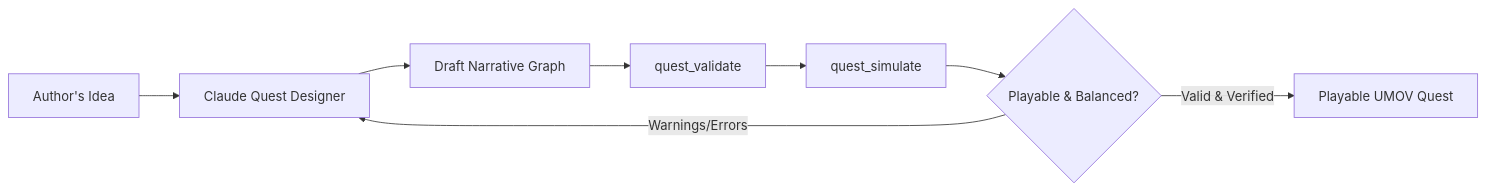
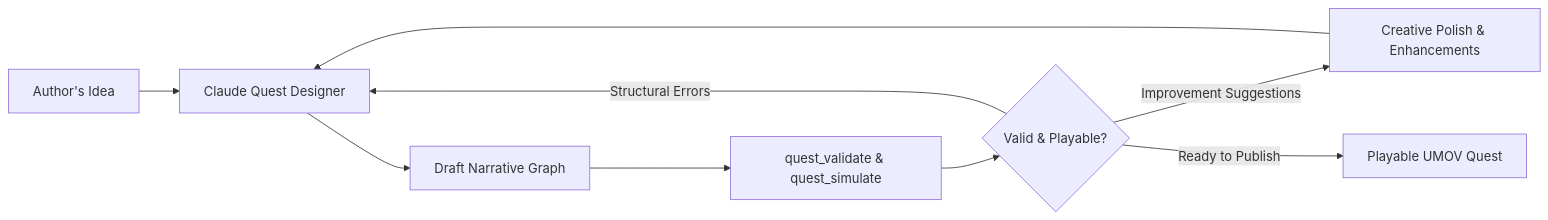
Before and after one commit to voxel99/quest-maker: the diagram in README.md, drawn with Mermaid. The commit also changed other lines of this file and 1 other file, not shown here.

Commit message:
feat: document engine suggestions and enhancement flow for authoring

````diff
--- a/README.md
+++ b/README.md
@@ -80,10 +80,11 @@
 ```mermaid
 flowchart LR
     A[Author's Idea] --> B[Claude Quest Designer]
     B --> C[Draft Narrative Graph]
-    C --> D[quest_validate]
-    D --> E[quest_simulate]
-    E --> F{Playable & Balanced?}
-    F -- Warnings/Errors --> B
-    F -- Valid & Verified --> G[Playable UMOV Quest]
+    C --> D[quest_validate & quest_simulate]
+    D --> E{Valid & Playable?}
+    E -- Structural Errors --> B
+    E -- Improvement Suggestions --> H[Creative Polish & Enhancements]
+    H --> B
+    E -- Ready to Publish --> G[Playable UMOV Quest]
 ```
````
